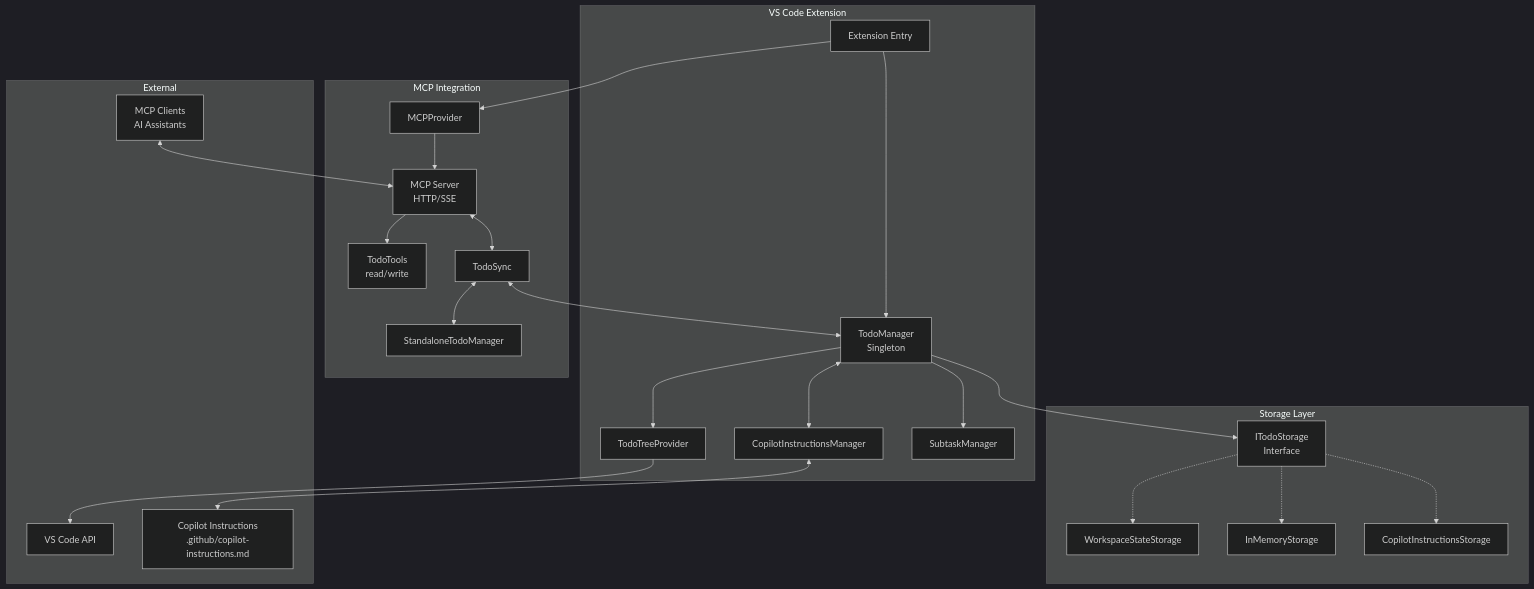
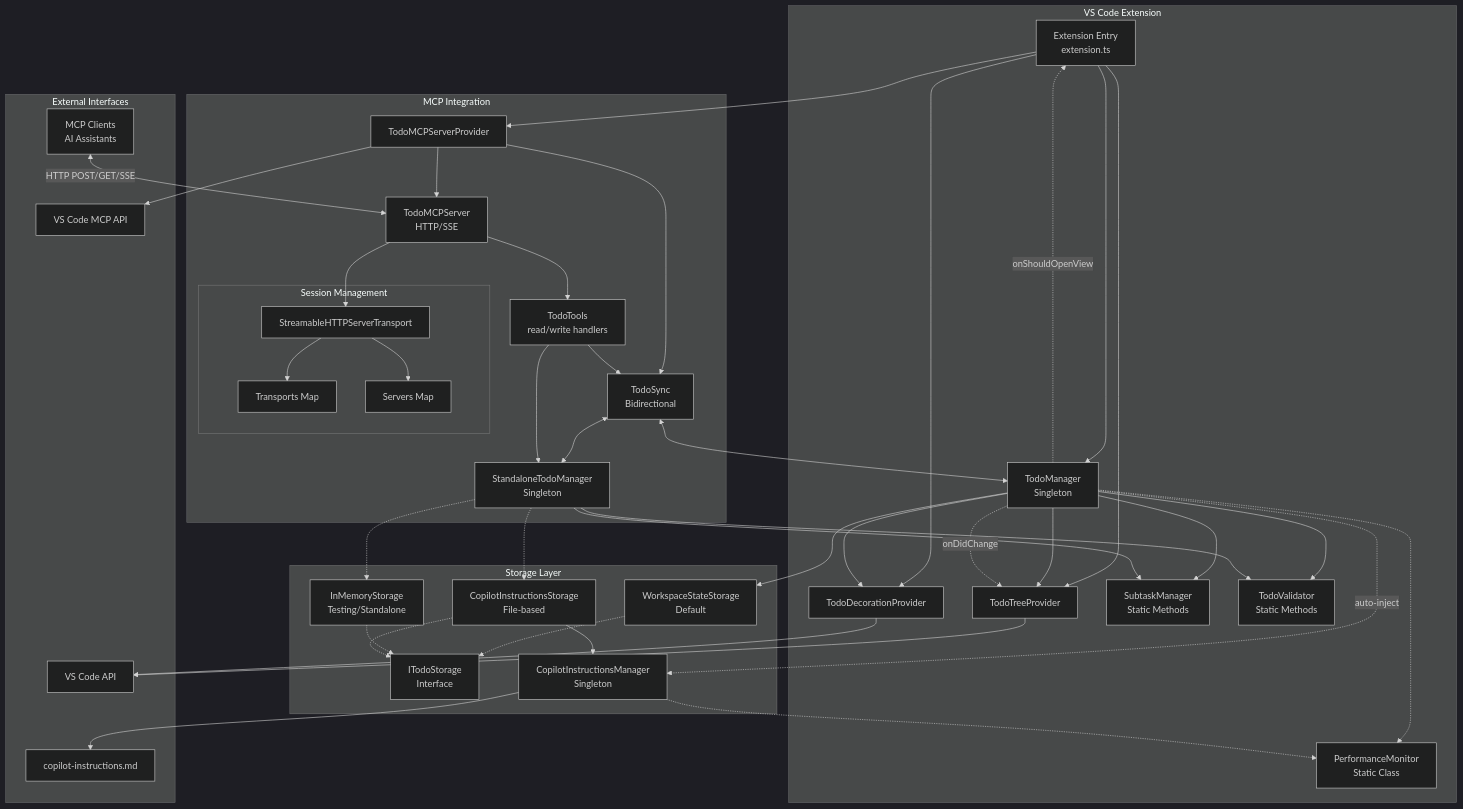
Before and after one commit to digitarald/vscode-agent-todos: the diagram in .github/copilot-instructions.md, drawn with Mermaid (dark theme). The commit also changed other lines of this file and 6 other files, not shown here.

````diff
--- a/.github/copilot-instructions.md
+++ b/.github/copilot-instructions.md
@@ -22,60 +23,98 @@
 ```mermaid
 graph TB
-    subgraph "VS Code Extension"
-        EXT[Extension Entry]
+    subgraph VSCodeExtension[VS Code Extension]
+        EXT[Extension Entry<br/>extension.ts]
         TM[TodoManager<br/>Singleton]
         TTP[TodoTreeProvider]
-        CIM[CopilotInstructionsManager]
-        SM[SubtaskManager]
+        TDP[TodoDecorationProvider]
+        SM[SubtaskManager<br/>Static Methods]
+        TV[TodoValidator<br/>Static Methods]
+        PM[PerformanceMonitor<br/>Static Class]
     end
 
-    subgraph "Storage Layer"
+    subgraph StorageLayer[Storage Layer]
         ITS[ITodoStorage<br/>Interface]
-        WSS[WorkspaceStateStorage]
-        IMS[InMemoryStorage]
-        CIS[CopilotInstructionsStorage]
+        WSS[WorkspaceStateStorage<br/>Default]
+        IMS[InMemoryStorage<br/>Testing/Standalone]
+        CIS[CopilotInstructionsStorage<br/>File-based]
+        CIM[CopilotInstructionsManager<br/>Singleton]
     end
 
-    subgraph "MCP Integration"
-        MCP[MCPProvider]
-        MCPS[MCP Server<br/>HTTP/SSE]
-        TT[TodoTools<br/>read/write]
-        TS[TodoSync]
-        STM[StandaloneTodoManager]
+    subgraph MCPIntegration[MCP Integration]
+        MCP[TodoMCPServerProvider]
+        MCPS[TodoMCPServer<br/>HTTP/SSE]
+        TT[TodoTools<br/>read/write handlers]
+        TS[TodoSync<br/>Bidirectional]
+        STM[StandaloneTodoManager<br/>Singleton]
+        
+        subgraph SessionMgmt[Session Management]
+            TRM[Transports Map]
+            SRM[Servers Map]
+            STR[StreamableHTTPServerTransport]
+        end
     end
 
-    subgraph "External"
+    subgraph ExternalInterfaces[External Interfaces]
         VSC[VS Code API]
-        CI[Copilot Instructions<br/>.github/copilot-instructions.md]
+        CI[copilot-instructions.md]
         MC[MCP Clients<br/>AI Assistants]
+        MCPAPI[VS Code MCP API]
     end
 
-    %% Core flows
+    %% Core initialization
     EXT --> TM
-    TM --> ITS
-    ITS -.-> WSS
-    ITS -.-> IMS
-    ITS -.-> CIS
+    EXT --> TTP
+    EXT --> TDP
+    EXT --> MCP
+    
+    %% Storage configuration
+    TM --> WSS
+    STM -.-> IMS
+    STM -.-> CIS
+    WSS -.-> ITS
+    IMS -.-> ITS
+    CIS -.-> ITS
 
-    %% UI updates
+    %% UI and decorations
+    TTP --> VSC
+    TDP --> VSC
     TM --> TTP
-    TTP --> VSC
+    TM --> TDP
+    
+    %% View events
+    TM -.->|onShouldOpenView| EXT
+    TM -.->|onDidChange| TTP
 
     %% Copilot sync
-    TM <--> CIM
-    CIM <--> CI
+    CIS --> CIM
+    CIM --> CI
+    TM -.->|auto-inject| CIM
 
-    %% MCP server
-    EXT --> MCP
+    %% MCP server setup
     MCP --> MCPS
+    MCP --> MCPAPI
     MCPS --> TT
-    MCPS <--> TS
+    MCPS --> STR
+    STR --> TRM
+    STR --> SRM
+    
+    %% Bidirectional sync
+    MCP --> TS
     TS <--> TM
     TS <--> STM
-
-    %% External clients
-    MC <--> MCPS
-
-    %% Subtasks
+    
+    %% Tool handling
+    TT --> STM
+    TT --> TS
+    
+    %% External communication
+    MC <-->|HTTP POST/GET/SSE| MCPS
+    
+    %% Utility usage
     TM --> SM
+    TM --> TV
+    TM -.-> PM
+    STM --> SM
+    STM --> TV
+    CIM -.-> PM
 ```
````
